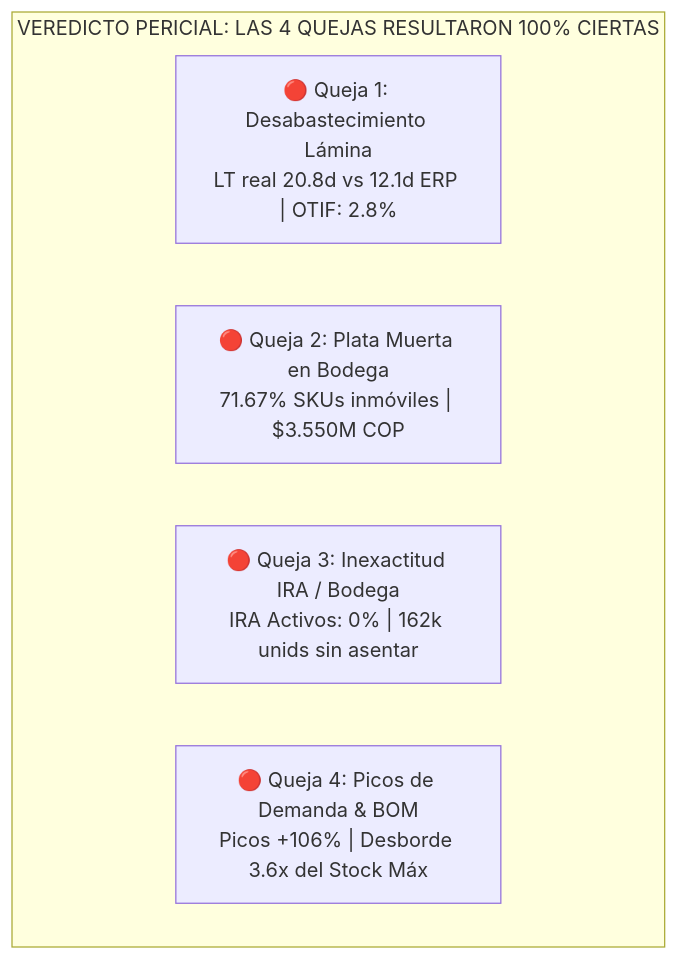
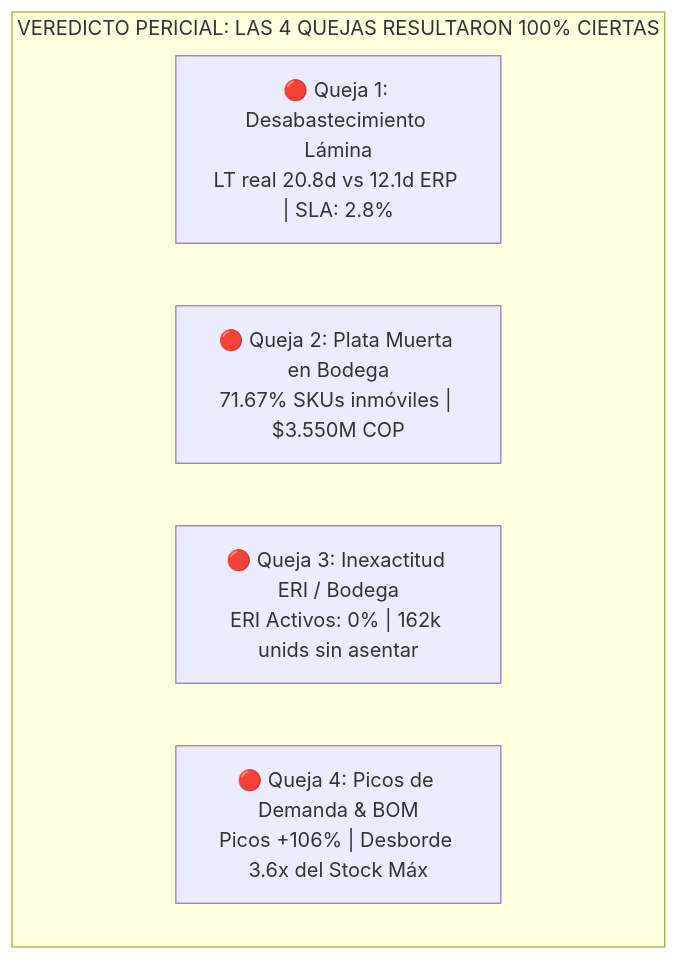
Before and after one commit to juliancarmotrice-star/E2: the third of 4 diagrams in informes/INFORME_FINAL_DIAGNOSTICO_Y_LINEA_BASE_E1.md, drawn with Mermaid. The commit also changed other lines of this file and 15 other files, not shown here.

Commit message:
docs: harmonize SLA and ERI terminology across all reports and align architecture section 6 baseline figures

````diff
--- a/informes/INFORME_FINAL_DIAGNOSTICO_Y_LINEA_BASE_E1.md
+++ b/informes/INFORME_FINAL_DIAGNOSTICO_Y_LINEA_BASE_E1.md
@@ -113,9 +113,9 @@
 ```mermaid
 flowchart TD
     subgraph Quejas["VEREDICTO PERICIAL: LAS 4 QUEJAS RESULTARON 100% CIERTAS"]
-        Q1["🔴 Queja 1: Desabastecimiento Lámina<br>LT real 20.8d vs 12.1d ERP | OTIF: 2.8%"]
+        Q1["🔴 Queja 1: Desabastecimiento Lámina<br>LT real 20.8d vs 12.1d ERP | SLA: 2.8%"]
         Q2["🔴 Queja 2: Plata Muerta en Bodega<br>71.67% SKUs inmóviles | $3.550M COP"]
-        Q3["🔴 Queja 3: Inexactitud IRA / Bodega<br>IRA Activos: 0% | 162k unids sin asentar"]
+        Q3["🔴 Queja 3: Inexactitud ERI / Bodega<br>ERI Activos: 0% | 162k unids sin asentar"]
         Q4["🔴 Queja 4: Picos de Demanda & BOM<br>Picos +106% | Desborde 3.6x del Stock Máx"]
     end
 ```
````
